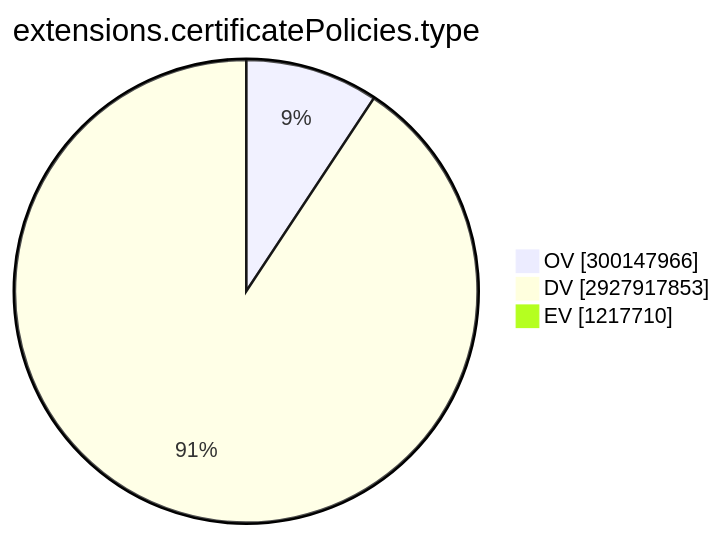
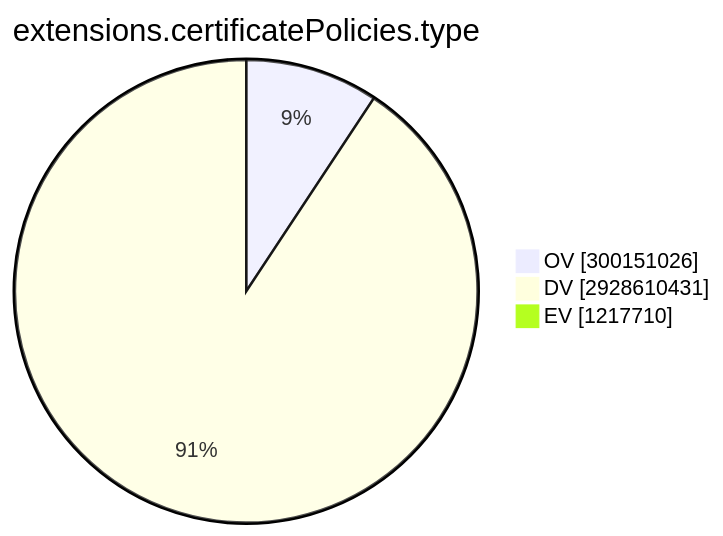
One commit to christiankrug/ctmonitor_visualization changed the ninth of 15 diagrams in TOTAL/README.md. Above: the diagram before and after it, drawn with Mermaid. The commit also changed other lines of this file, not shown here.

````diff
--- a/TOTAL/README.md
+++ b/TOTAL/README.md
@@ -3101,7 +3101,7 @@
 ```mermaid
 pie showData
 title extensions.certificatePolicies.type
-"OV" :300147966
-"DV" :2927917853
+"OV" :300151026
+"DV" :2928610431
 "EV" :1217710
 ```
````
